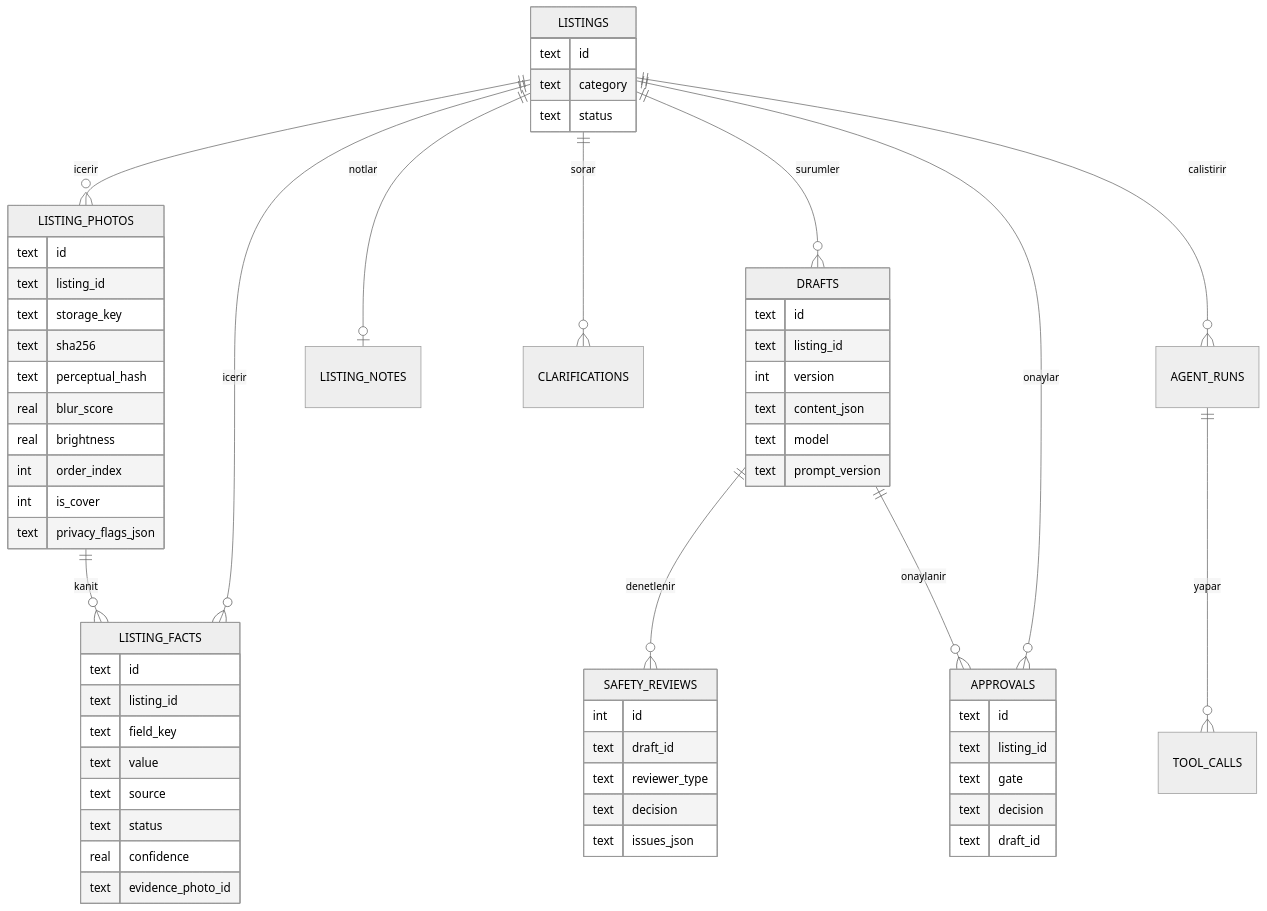
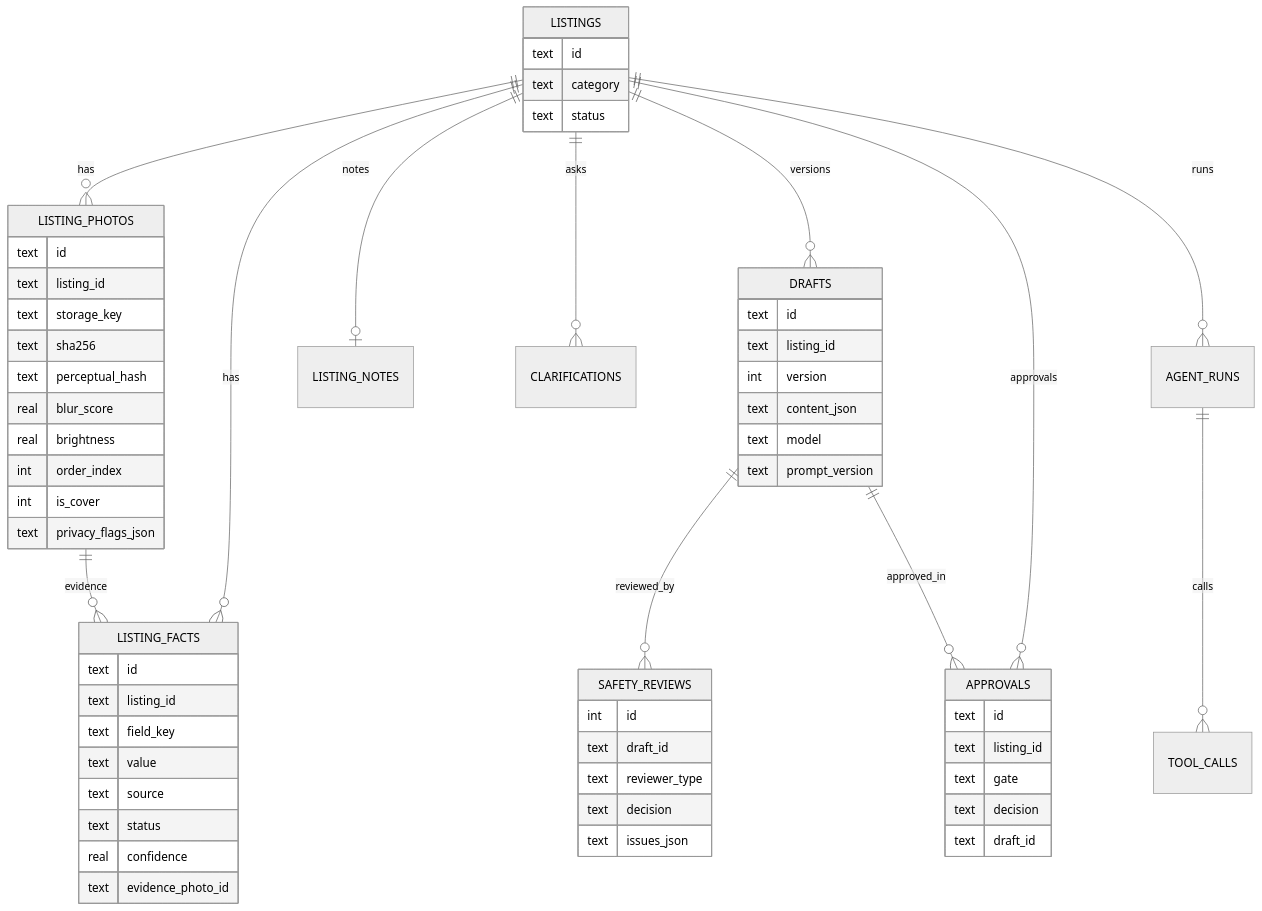
Before and after one commit to ozcivitcagkan/AI-Marketplace-Listing-Assistant: the fourth of 4 diagrams in docs/architecture.md, drawn with Mermaid (neutral theme). The commit also changed other lines of this file and 33 other files, not shown here.

````diff
--- a/docs/architecture.md
+++ b/docs/architecture.md
@@ -462,64 +460,64 @@
 ```mermaid
 erDiagram
-  LISTINGS ||--o{ LISTING_PHOTOS : icerir
-  LISTINGS ||--o{ LISTING_FACTS : icerir
-  LISTING_PHOTOS ||--o{ LISTING_FACTS : kanit
-  LISTINGS ||--o| LISTING_NOTES : notlar
-  LISTINGS ||--o{ CLARIFICATIONS : sorar
-  LISTINGS ||--o{ DRAFTS : surumler
-  DRAFTS ||--o{ SAFETY_REVIEWS : denetlenir
-  LISTINGS ||--o{ APPROVALS : onaylar
-  DRAFTS ||--o{ APPROVALS : onaylanir
-  LISTINGS ||--o{ AGENT_RUNS : calistirir
-  AGENT_RUNS ||--o{ TOOL_CALLS : yapar
+  LISTINGS ||--o{ LISTING_PHOTOS : has
+  LISTINGS ||--o{ LISTING_FACTS : has
+  LISTING_PHOTOS ||--o{ LISTING_FACTS : evidence
+  LISTINGS ||--o| LISTING_NOTES : notes
+  LISTINGS ||--o{ CLARIFICATIONS : asks
+  LISTINGS ||--o{ DRAFTS : versions
+  DRAFTS ||--o{ SAFETY_REVIEWS : reviewed_by
+  LISTINGS ||--o{ APPROVALS : approvals
+  DRAFTS ||--o{ APPROVALS : approved_in
+  LISTINGS ||--o{ AGENT_RUNS : runs
+  AGENT_RUNS ||--o{ TOOL_CALLS : calls
 
   LISTINGS {
     text id
     text category
     text status
   }
   LISTING_PHOTOS {
     text id
     text listing_id
     text storage_key
     text sha256
     text perceptual_hash
     real blur_score
     real brightness
     int order_index
     int is_cover
     text privacy_flags_json
   }
   LISTING_FACTS {
     text id
     text listing_id
     text field_key
     text value
     text source
     text status
     real confidence
     text evidence_photo_id
   }
   DRAFTS {
     text id
     text listing_id
     int version
     text content_json
     text model
     text prompt_version
   }
   SAFETY_REVIEWS {
     int id
     text draft_id
     text reviewer_type
     text decision
     text issues_json
   }
   APPROVALS {
     text id
     text listing_id
     text gate
     text decision
     text draft_id
   }
 ```
````
